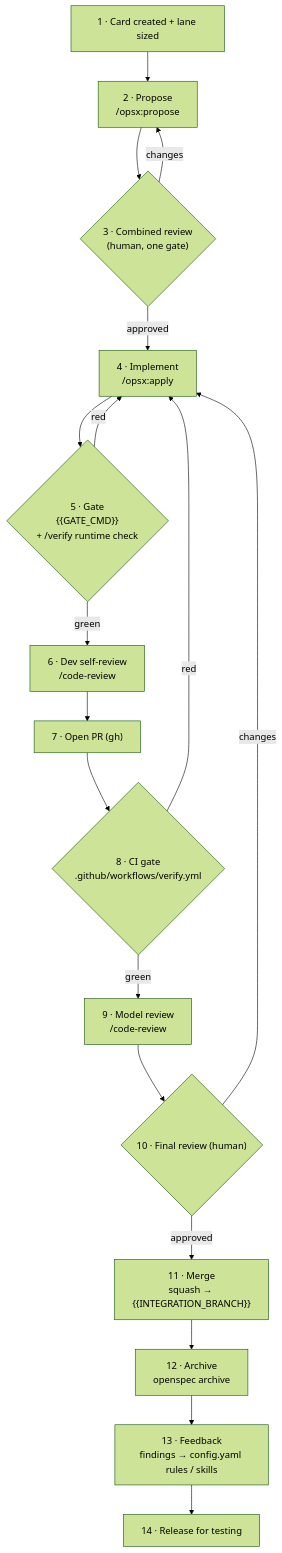
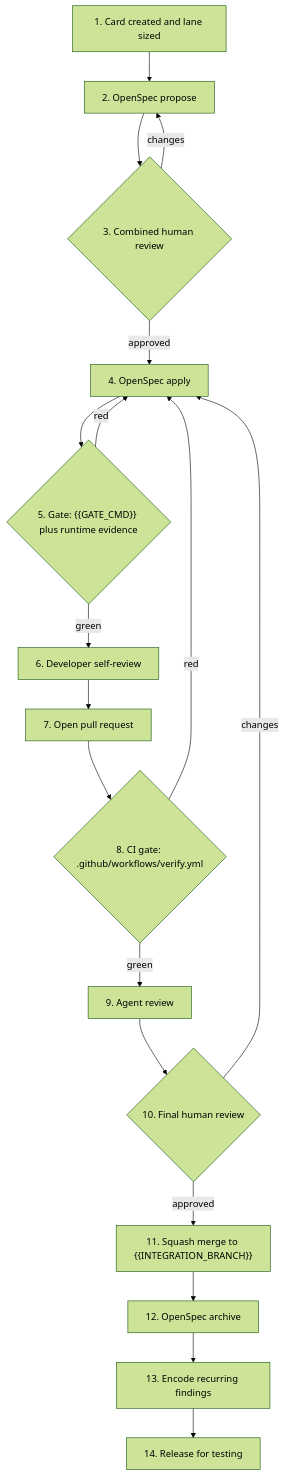
Before and after one commit to effectz-ai/asmt-cc-plugin: the diagram in asmt/templates/ai-dev-workflow-standard.md, drawn with Mermaid (forest theme). The commit also changed other lines of this file and 13 other files, not shown here.

````diff
--- a/asmt/templates/ai-dev-workflow-standard.md
+++ b/asmt/templates/ai-dev-workflow-standard.md
@@ -27,20 +57,20 @@
 ```mermaid
 flowchart TD
-    A["1 · Card created + lane sized"] --> B["2 · Propose<br/>/opsx:propose"]
-    B --> C{"3 · Combined review<br/>(human, one gate)"}
+    A["1. Card created and lane sized"] --> B["2. OpenSpec propose"]
+    B --> C{"3. Combined human review"}
     C -->|changes| B
-    C -->|approved| D["4 · Implement<br/>/opsx:apply"]
-    D --> E{"5 · Gate<br/>{{GATE_CMD}}<br/>+ /verify runtime check"}
+    C -->|approved| D["4. OpenSpec apply"]
+    D --> E{"5. Gate: {{GATE_CMD}} plus runtime evidence"}
     E -->|red| D
-    E -->|green| F["6 · Dev self-review<br/>/code-review"]
-    F --> G["7 · Open PR (gh)"]
-    G --> H{"8 · CI gate<br/>.github/workflows/verify.yml"}
+    E -->|green| F["6. Developer self-review"]
+    F --> G["7. Open pull request"]
+    G --> H{"8. CI gate: .github/workflows/verify.yml"}
     H -->|red| D
-    H -->|green| I["9 · Model review<br/>/code-review"]
-    I --> J{"10 · Final review (human)"}
+    H -->|green| I["9. Agent review"]
+    I --> J{"10. Final human review"}
     J -->|changes| D
-    J -->|approved| K["11 · Merge<br/>squash → {{INTEGRATION_BRANCH}}"]
-    K --> L["12 · Archive<br/>openspec archive"]
-    L --> M["13 · Feedback<br/>findings → config.yaml rules / skills"]
-    M --> N["14 · Release for testing"]
+    J -->|approved| K["11. Squash merge to {{INTEGRATION_BRANCH}}"]
+    K --> L["12. OpenSpec archive"]
+    L --> M["13. Encode recurring findings"]
+    M --> N["14. Release for testing"]
 ```
````
